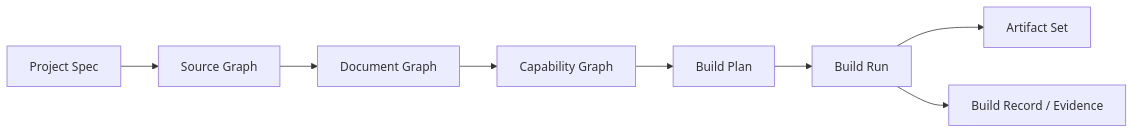
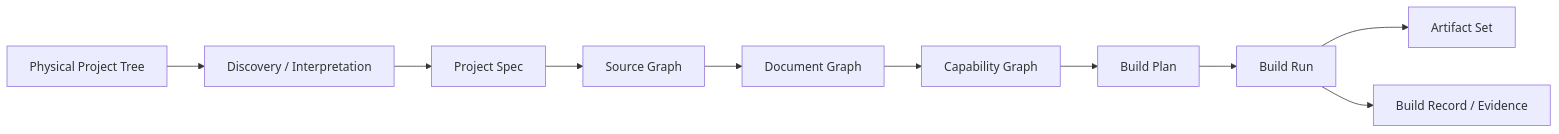
One commit to Crackovis/Mdforge changed the eighth of 14 diagrams in _/agents/roaming/memory-diagrams/01-product-architecture/memory-diagram-mdforge-modular-agent-native-document-forge.md. Above: the diagram before and after it, drawn with Mermaid. The commit also changed other lines of this file, not shown here.

````diff
--- a/_/agents/roaming/memory-diagrams/01-product-architecture/memory-diagram-mdforge-modular-agent-native-document-forge.md
+++ b/_/agents/roaming/memory-diagrams/01-product-architecture/memory-diagram-mdforge-modular-agent-native-document-forge.md
@@ -608,10 +618,12 @@
 ```mermaid
 flowchart LR
-    P["Project Spec"] --> S["Source Graph"]
+    T["Physical Project Tree"] --> DISC["Discovery / Interpretation"]
+    DISC --> P["Project Spec"]
+    P --> S["Source Graph"]
     S --> D["Document Graph"]
     D --> C["Capability Graph"]
     C --> B["Build Plan"]
     B --> R["Build Run"]
     R --> A["Artifact Set"]
     R --> E["Build Record / Evidence"]
 ```
````
